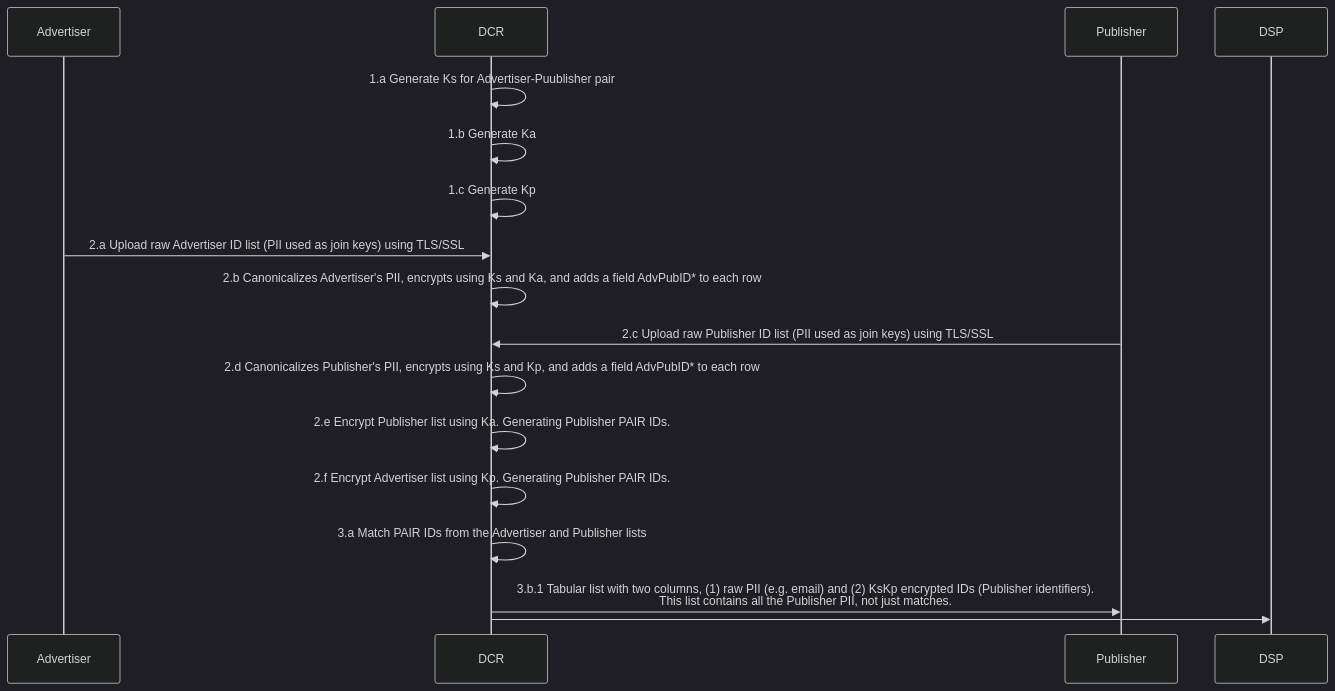
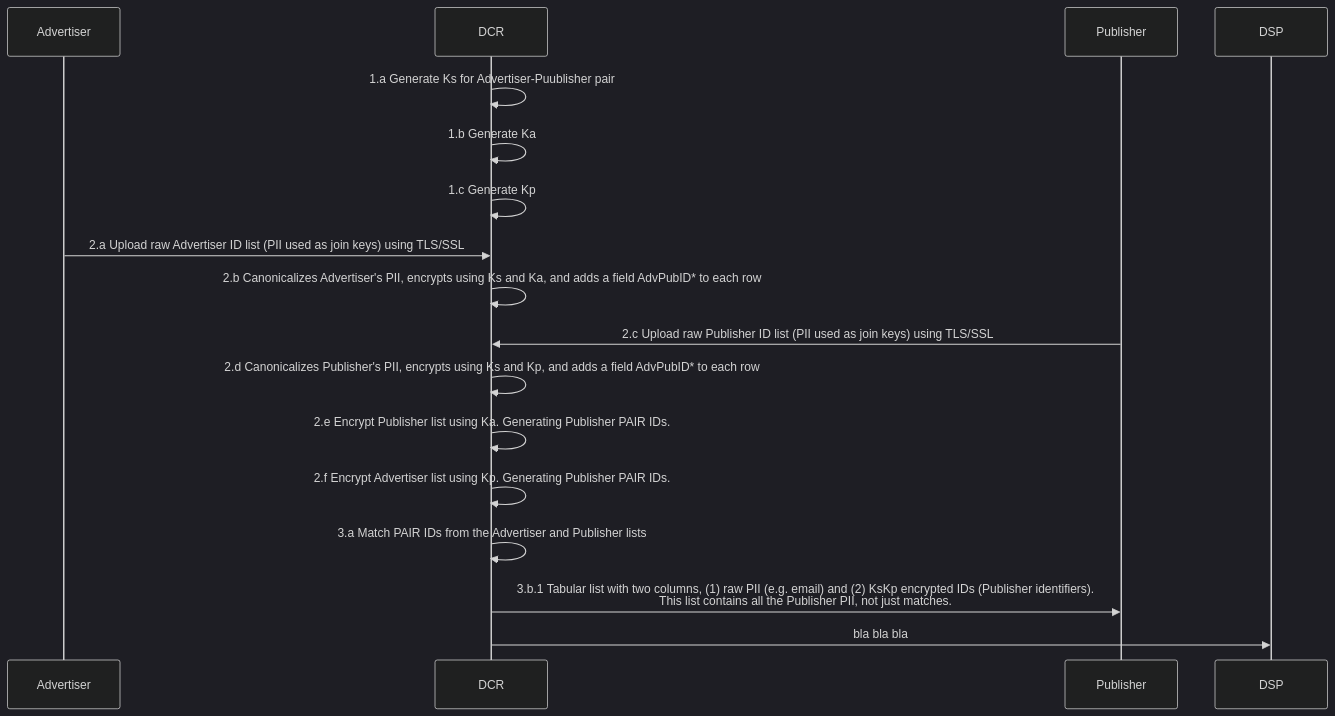
Before and after one commit to pm-harshad-mane/Diagrams: the diagram in PAIR/Single_DCR.md, drawn with Mermaid (dark theme).

````diff
--- a/PAIR/Single_DCR.md
+++ b/PAIR/Single_DCR.md
@@ -1,24 +1,24 @@
 ```mermaid
 sequenceDiagram
 
 participant Adv as Advertiser
 participant DCR
 participant Pub as Publisher
 participant DSP
 
 DCR->>DCR: 1.a Generate Ks for Advertiser-Puublisher pair
 DCR->>DCR: 1.b Generate Ka
 DCR->>DCR: 1.c Generate Kp
 
 Adv->>DCR: 2.a Upload raw Advertiser ID list (PII used as join keys) using TLS/SSL
 DCR->>DCR: 2.b Canonicalizes Advertiser's PII, encrypts using Ks and Ka, and adds a field AdvPubID* to each row
 Pub->>DCR: 2.c Upload raw Publisher ID list (PII used as join keys) using TLS/SSL
 DCR->>DCR: 2.d Canonicalizes Publisher's PII, encrypts using Ks and Kp, and adds a field AdvPubID* to each row
 DCR->>DCR: 2.e Encrypt Publisher list using Ka. Generating Publisher PAIR IDs.
 DCR->>DCR: 2.f Encrypt Advertiser list using Kp. Generating Publisher PAIR IDs.
 
 DCR->>DCR: 3.a Match PAIR IDs from the Advertiser and Publisher lists
 DCR->>Pub: 3.b.1 Tabular list with two columns, (1) raw PII (e.g. email) and (2) KsKp encrypted IDs (Publisher identifiers).<br/>This list contains all the Publisher PII, not just matches.
-DCR->>DSP:
+DCR->>DSP: bla bla bla
 
 ```
````
